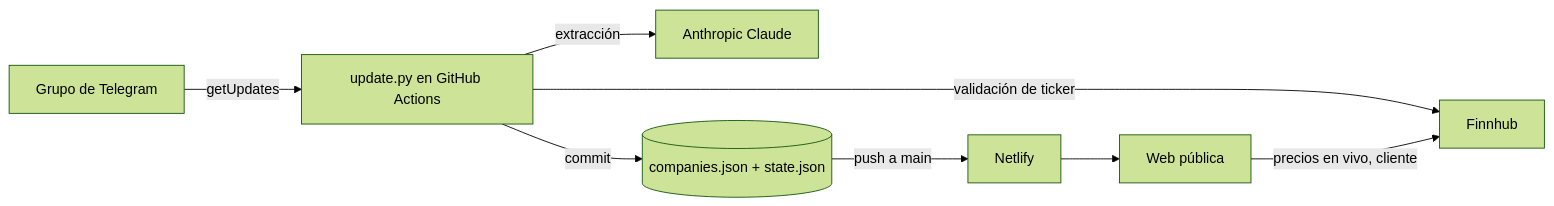
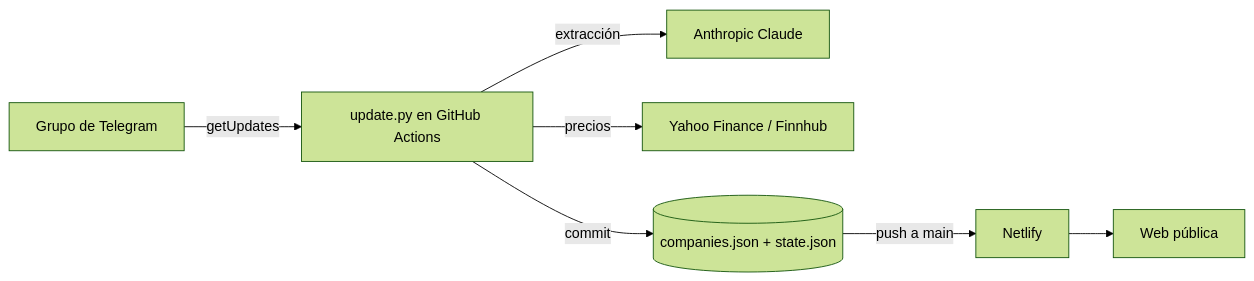
The diagram in README.md (leyremt/solo-inversiones), drawn with Mermaid (forest theme) before and after one commit. The commit also changed other lines of this file, not shown here.

````diff
--- a/README.md
+++ b/README.md
@@ -42,10 +44,9 @@
 ```mermaid
 flowchart LR
     A[Grupo de Telegram] -->|getUpdates| B[update.py en GitHub Actions]
     B -->|extracción| C[Anthropic Claude]
-    B -->|validación de ticker| D[Finnhub]
+    B -->|precios| D[Yahoo Finance / Finnhub]
     B -->|commit| E[(companies.json + state.json)]
     E -->|push a main| F[Netlify]
     F --> G[Web pública]
-    G -->|precios en vivo, cliente| D
 ```
````
